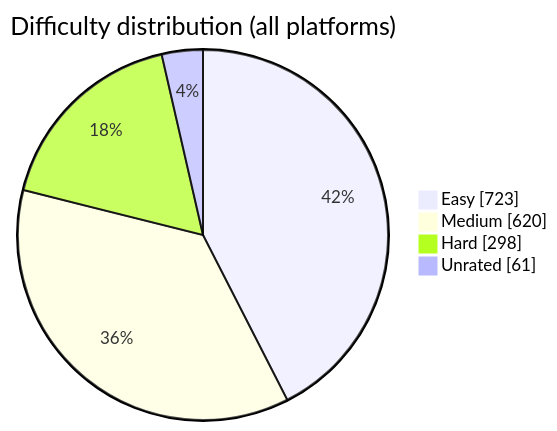
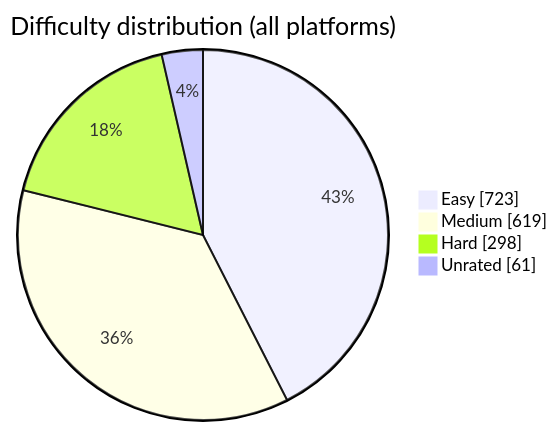
The diagram in README.md (BuildbyArindam/Daily-Coding-Log), drawn with Mermaid before and after one commit. The commit also changed other lines of this file, not shown here.

````diff
--- a/README.md
+++ b/README.md
@@ -93,7 +93,7 @@
 ```mermaid
 pie showData title Difficulty distribution (all platforms)
     "Easy" : 723
-    "Medium" : 620
+    "Medium" : 619
     "Hard" : 298
     "Unrated" : 61
 ```
````
